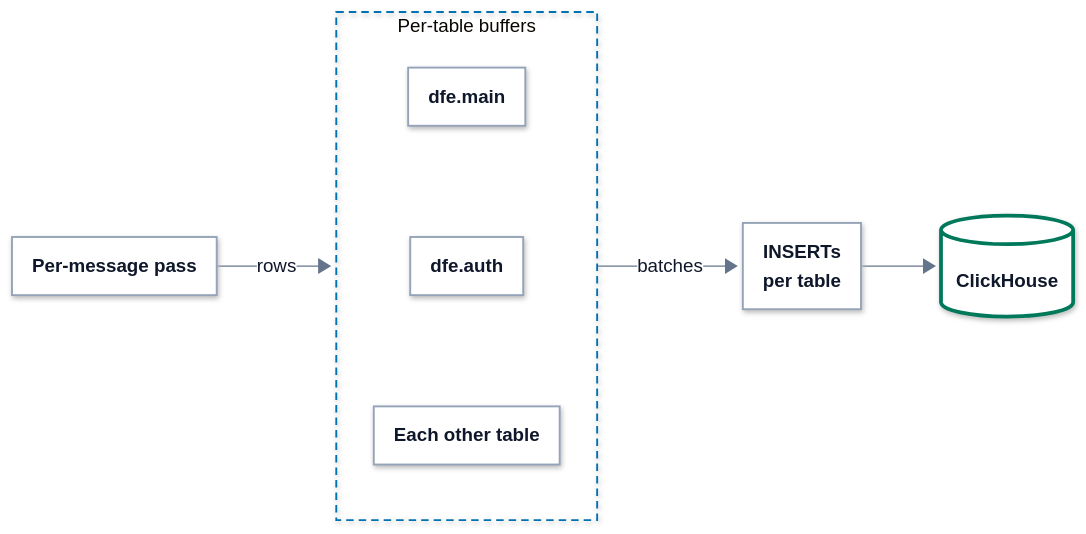
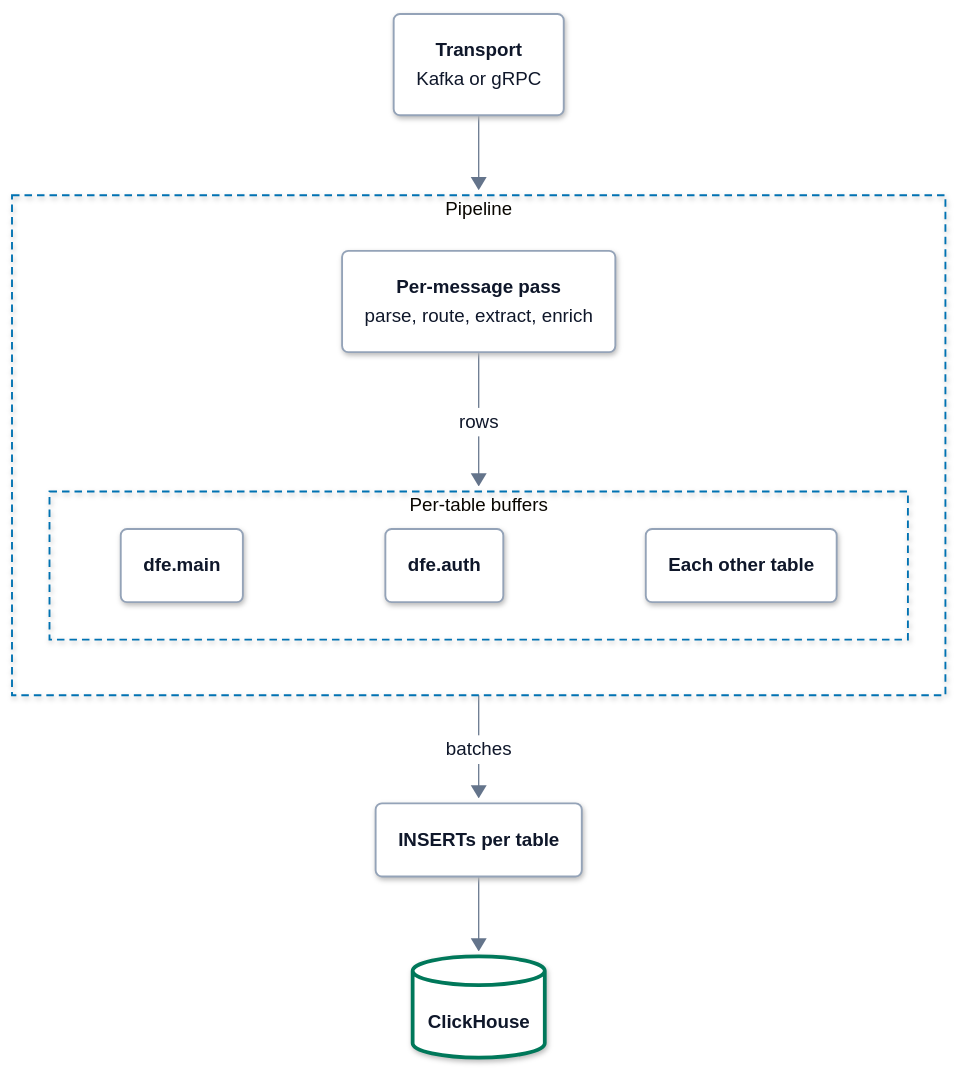
The diagram in docs/pipeline/README.md (hyperi-io/dfe-loader), drawn with Mermaid before and after one commit. The commit also changed other lines of this file and 19 other files, not shown here.

First line of the commit message:
docs(architecture): bring the loader pages to the architecture standard

````diff
--- a/docs/pipeline/README.md
+++ b/docs/pipeline/README.md
@@ -58,23 +68,32 @@
     .ui .label-icon{color:#D9480F}
     .ext .label-icon{color:#64748B}
 ---
-flowchart LR
+flowchart TB
     accTitle: L4 Detail -- Per-message pass, per-table batches
     accDescr: Each message goes through one pass that parses, routes, extracts and enriches it. The row lands in the buffer of the table it was routed to, such as dfe.main or dfe.auth. Each table's buffer flushes as INSERTs into ClickHouse.
 
-    pass["<b>Per-message pass</b>"]
-
-    subgraph buffers["Per-table buffers"]
+    transport("<b>Transport</b><br/><span>Kafka or gRPC</span>")
+    subgraph pipeline["Pipeline"]
         direction TB
-        main["<b>dfe.main</b>"] ~~~ auth["<b>dfe.auth</b>"] ~~~ other["<b>Each other table</b>"]
+        pass("<b>Per-message pass</b><br/><span>parse, route, extract, enrich</span>")
+        subgraph buffers["Per-table buffers"]
+            direction LR
+            main("<b>dfe.main</b>")
+            auth("<b>dfe.auth</b>")
+            other("<b>Each other table</b>")
+            main ~~~ auth ~~~ other
+        end
+        pass -->|rows| buffers
     end
-
-    insert["<b>INSERTs<br/>per table</b>"]
+    insert("<b>INSERTs per table</b>")
     clickhouse[("<b>ClickHouse</b>")]
-
-    pass -->|rows| buffers
-    buffers -->|batches| insert
+    transport --> pipeline
+    pipeline -->|batches| insert
     insert --> clickhouse
+  class transport,pass,main,auth,other,insert part
+  class clickhouse store
+  class pass,main,auth,other,insert part
+  class clickhouse store
   classDef ext fill:#F4F6F8,stroke:#94A3B8,stroke-width:1.5px,stroke-dasharray:5 4,color:#0F172A
   classDef ingest fill:#FFFFFF,stroke:#0E8A7D,stroke-width:3px,color:#0F172A
   classDef xform fill:#FFFFFF,stroke:#7B4FB0,stroke-width:3px,color:#0F172A
@@ -86,7 +105,6 @@
   classDef error fill:#FFFFFF,stroke:#C2410C,stroke-width:3px,color:#0F172A
   classDef control fill:#FFFFFF,stroke:#334155,stroke-width:3px,color:#0F172A
   classDef part fill:#FFFFFF,stroke:#94A3B8,stroke-width:1.5px,color:#0F172A
-  class pass,main,auth,other,insert part
-  class clickhouse store
+  style pipeline fill:none,stroke:#0072B2,stroke-width:1.5px,stroke-dasharray:6 4
   style buffers fill:none,stroke:#0072B2,stroke-width:1.5px,stroke-dasharray:6 4
 ```
````
